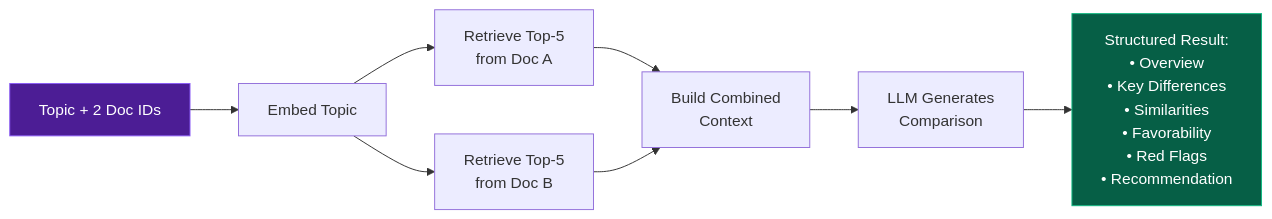
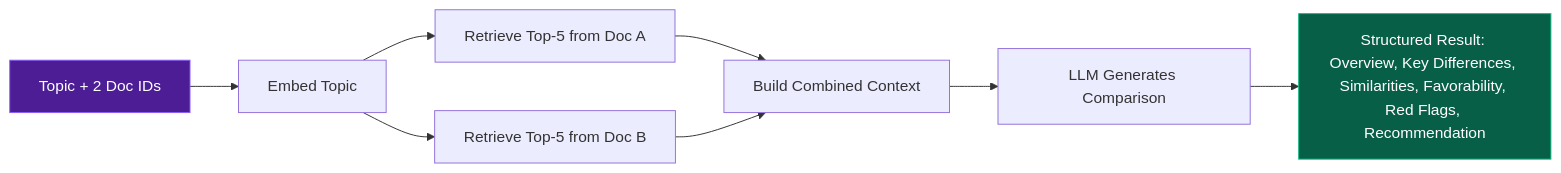
One commit to AniketB26/What-I-Signed changed the seventh of 9 diagrams in README.md. Above: the diagram before and after it, drawn with Mermaid. The commit also changed other lines of this file, not shown here.

Commit message:
docs: fix all mermaid diagram rendering issues

````diff
--- a/README.md
+++ b/README.md
@@ -555,13 +555,13 @@
 ```mermaid
 graph LR
     T["Topic + 2 Doc IDs"] --> EMB["Embed Topic"]
-    EMB --> RA["Retrieve Top-5\nfrom Doc A"]
-    EMB --> RB["Retrieve Top-5\nfrom Doc B"]
-    RA --> CTX["Build Combined\nContext"]
+    EMB --> RA["Retrieve Top-5 from Doc A"]
+    EMB --> RB["Retrieve Top-5 from Doc B"]
+    RA --> CTX["Build Combined Context"]
     RB --> CTX
-    CTX --> LLM["LLM Generates\nComparison"]
-    LLM --> RES["Structured Result:\n• Overview\n• Key Differences\n• Similarities\n• Favorability\n• Red Flags\n• Recommendation"]
+    CTX --> LLM["LLM Generates Comparison"]
+    LLM --> RES["Structured Result: Overview, Key Differences, Similarities, Favorability, Red Flags, Recommendation"]
 
     style T fill:#4c1d95,stroke:#8b5cf6,color:#fff
     style RES fill:#065f46,stroke:#10b981,color:#fff
 ```
````
